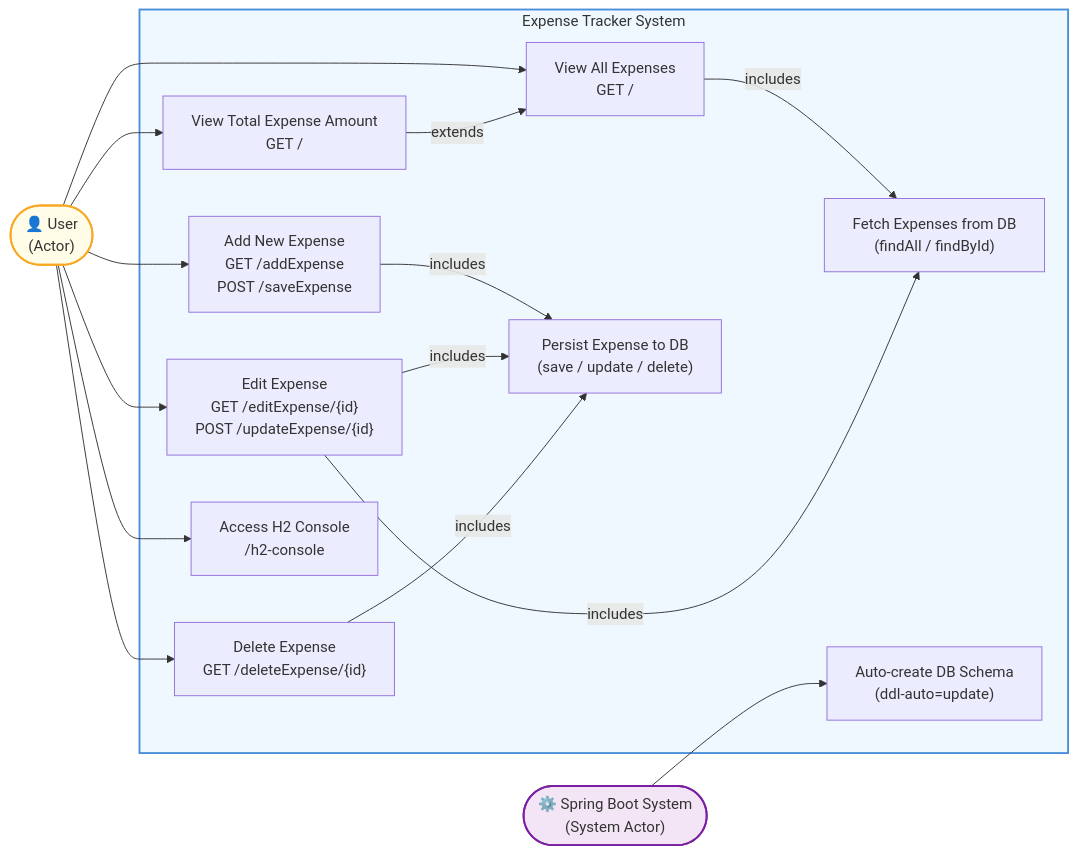
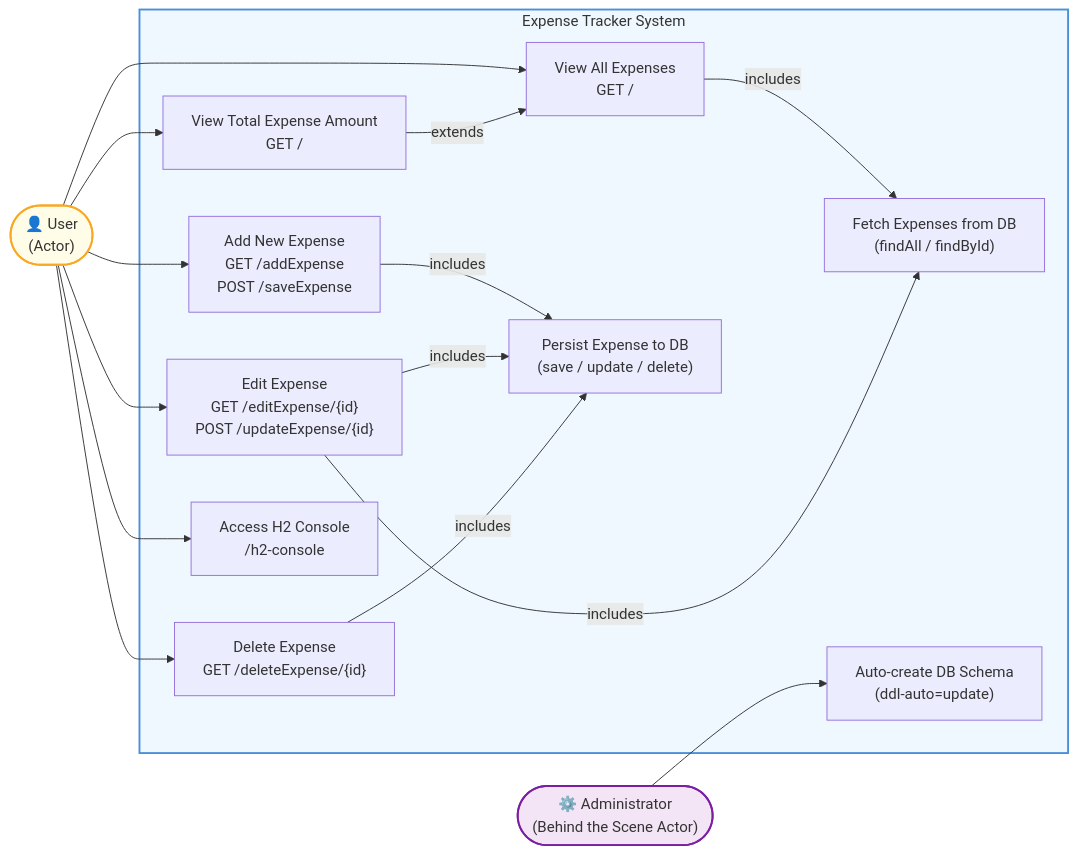
One commit to rushobhit/Expense-Tracker changed the diagram in uml-diagrams/use-case-diagram.md. Above: the diagram before and after it, drawn with Mermaid.

Commit message:
Minor change to use case diagram

````diff
--- a/uml-diagrams/use-case-diagram.md
+++ b/uml-diagrams/use-case-diagram.md
@@ -5,40 +5,40 @@
 ```mermaid
 flowchart LR
     User(["👤 User\n(Actor)"])
-    Spring(["⚙️ Spring Boot System\n(System Actor)"])
+    Spring(["⚙️ Administrator\n(Behind the Scene Actor)"])
 
     subgraph System["Expense Tracker System"]
         UC1["View All Expenses\nGET /"]
         UC2["Add New Expense\nGET /addExpense\nPOST /saveExpense"]
         UC3["Edit Expense\nGET /editExpense/{id}\nPOST /updateExpense/{id}"]
         UC4["Delete Expense\nGET /deleteExpense/{id}"]
         UC5["View Total Expense Amount\nGET /"]
         UC6["Persist Expense to DB\n(save / update / delete)"]
         UC7["Fetch Expenses from DB\n(findAll / findById)"]
         UC8["Auto-create DB Schema\n(ddl-auto=update)"]
         UC9["Access H2 Console\n/h2-console"]
     end
 
     %% User interactions
     User --> UC1
     User --> UC2
     User --> UC3
     User --> UC4
     User --> UC5
     User --> UC9
 
     %% System-internal interactions
     UC1 -->|"includes"| UC7
     UC2 -->|"includes"| UC6
     UC3 -->|"includes"| UC7
     UC3 -->|"includes"| UC6
     UC4 -->|"includes"| UC6
     UC5 -->|"extends"| UC1
 
     Spring --> UC8
 
     %% Styling
     style System fill:#f0f8ff,stroke:#4a90d9,stroke-width:2px
     style User fill:#fffde7,stroke:#f9a825,stroke-width:2px
     style Spring fill:#f3e5f5,stroke:#7b1fa2,stroke-width:2px
 ```
````
